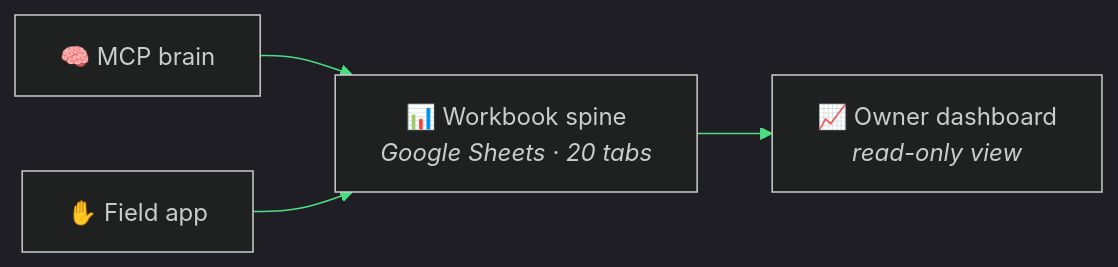
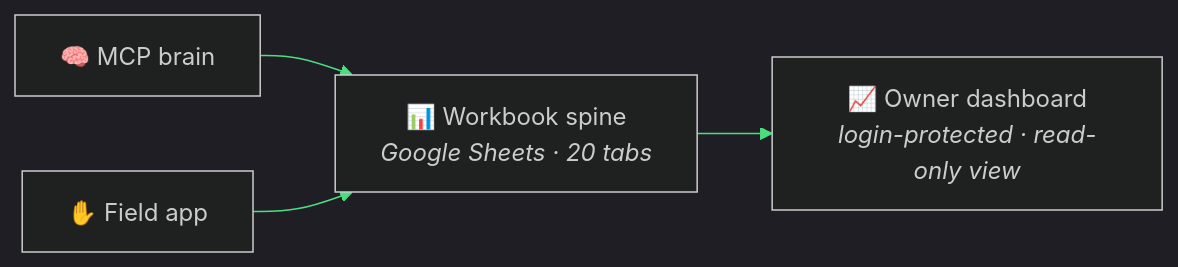
One commit to kr8tiv-ai/evolved changed the diagram in docs/DASHBOARD.md. Above: the diagram before and after it, drawn with Mermaid. The commit also changed other lines of this file and 1 other file, not shown here.

First line of the commit message:
Dashboard as a first-class fourth surface: full scope in README + docs

````diff
--- a/docs/DASHBOARD.md
+++ b/docs/DASHBOARD.md
@@ -28,7 +30,7 @@
 ```mermaid
 %%{init: {"theme": "dark", "themeVariables": {"primaryColor": "#101010", "primaryBorderColor": "#4ade80", "primaryTextColor": "#f3f4f6", "lineColor": "#4ade80", "fontFamily": "Segoe UI"}}}%%
 flowchart LR
     MCP["🧠 MCP brain"] --> WB["📊 Workbook spine<br><i>Google Sheets · 20 tabs</i>"]
     FA["✋ Field app"] --> WB
-    WB --> DASH["📈 Owner dashboard<br><i>read-only view</i>"]
+    WB --> DASH["📈 Owner dashboard<br><i>login-protected · read-only view</i>"]
 ```
````
